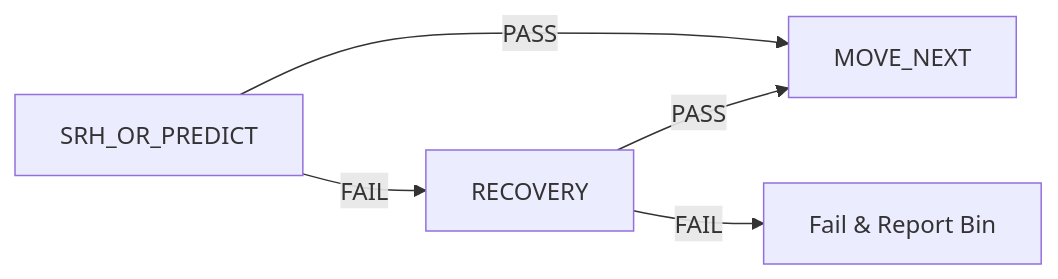
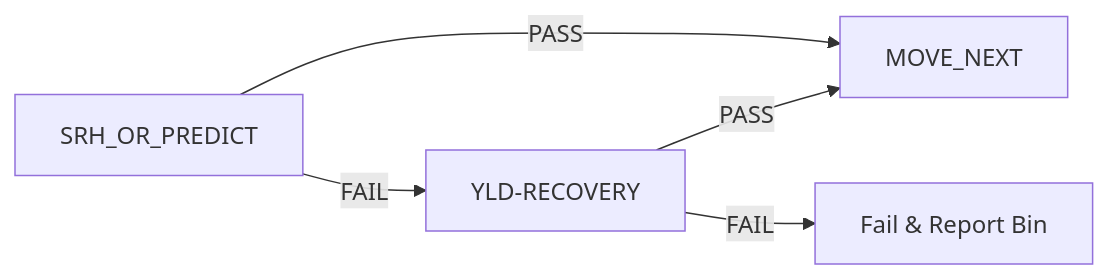
The ninth of 11 diagrams in Writerside/topics/convergedvminsearch-1.md (imahamdan/ctt_docs), drawn with Mermaid before and after one commit. The commit also changed other lines of this file and 11 other files, not shown here.

````diff
--- a/Writerside/topics/convergedvminsearch-1.md
+++ b/Writerside/topics/convergedvminsearch-1.md
@@ -152,7 +168,7 @@
 ```mermaid
 graph LR
-    SRH_OR_PREDICT -- FAIL --> RECOVERY
+    SRH_OR_PREDICT -- FAIL --> YLD-RECOVERY
     SRH_OR_PREDICT -- PASS --> MOVE_NEXT
-    RECOVERY -- PASS -->  MOVE_NEXT
-    RECOVERY -- FAIL --> BIN["Fail & Report Bin"]
+    YLD-RECOVERY -- PASS -->  MOVE_NEXT
+    YLD-RECOVERY -- FAIL --> BIN["Fail & Report Bin"]
 ```
````
